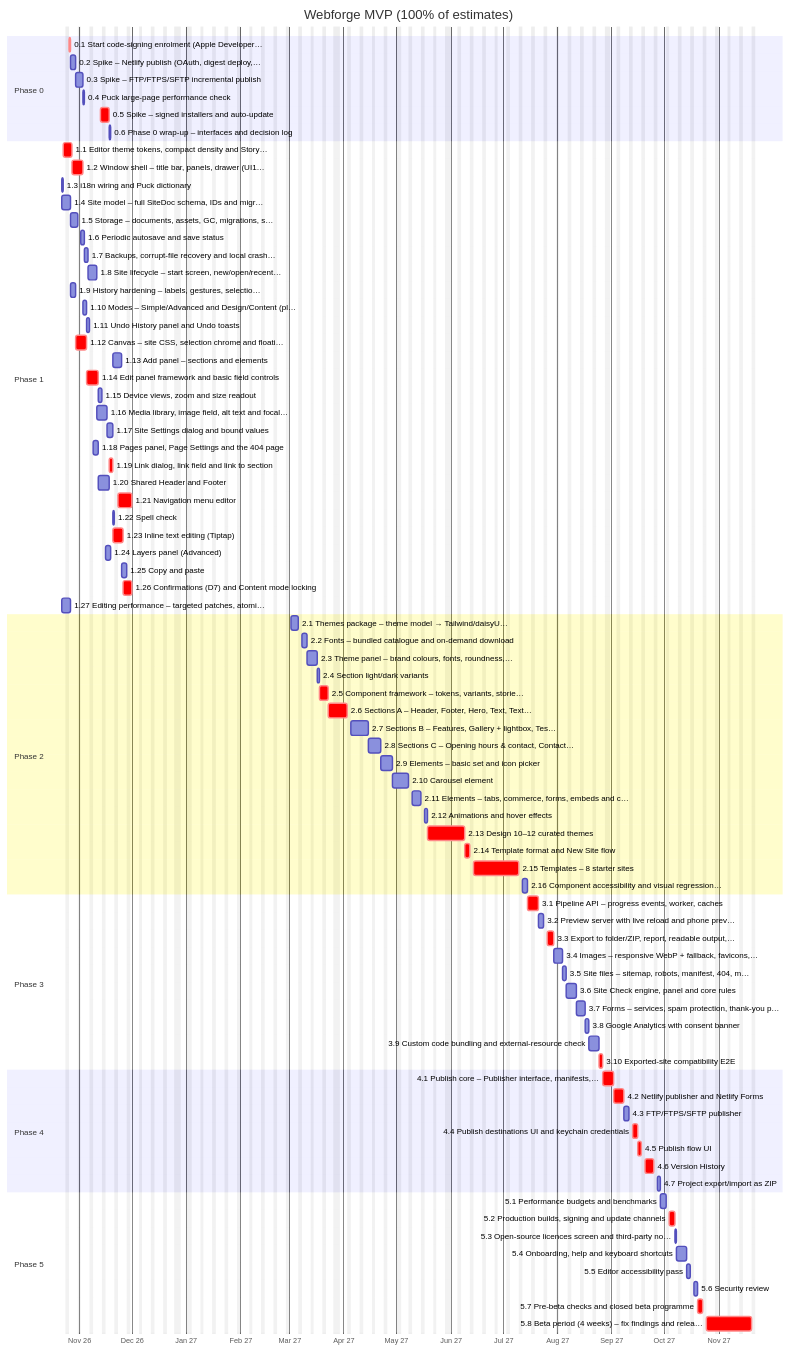
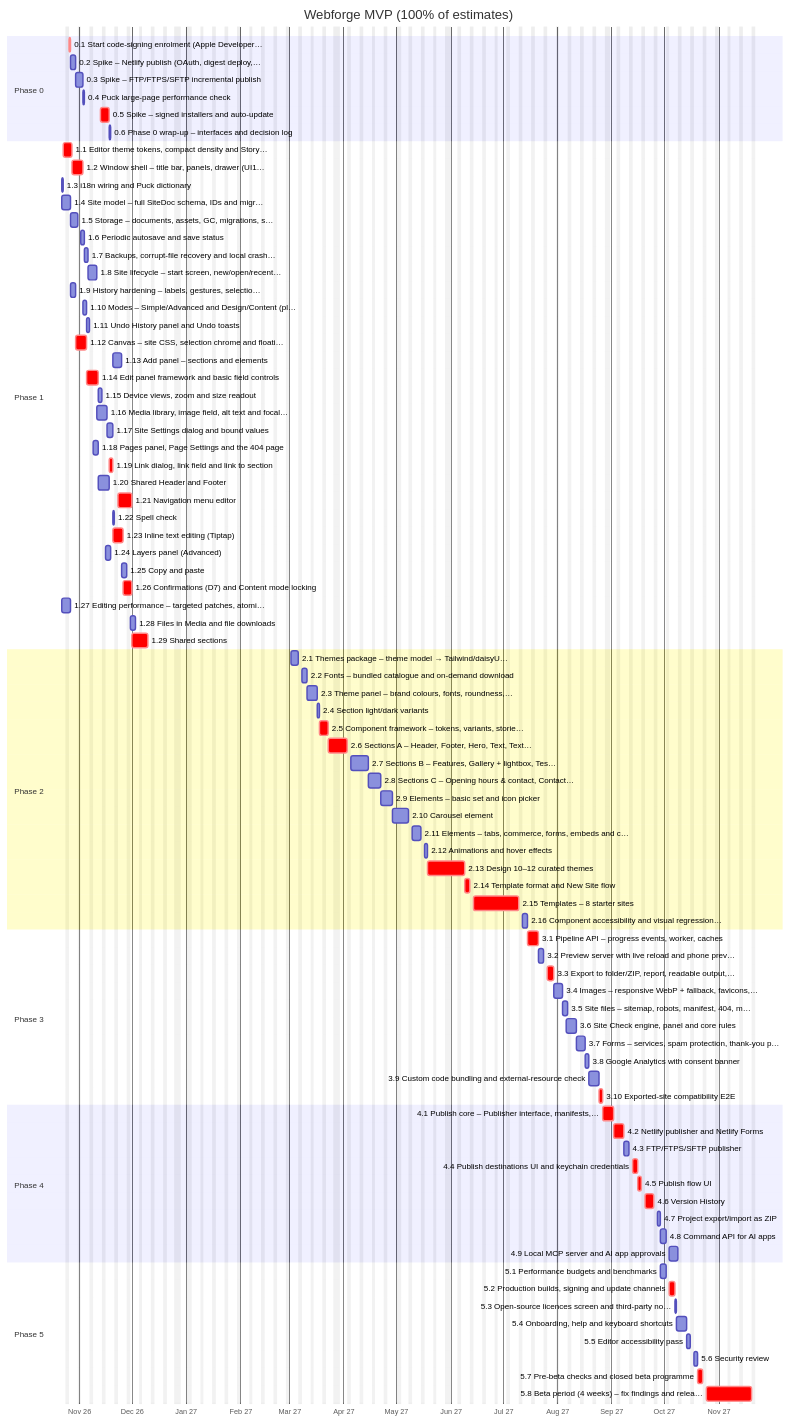
Before and after one commit to nexustech/webforge: the diagram in spec/04-implementation-plan.md, drawn with Mermaid. The commit also changed other lines of this file and 6 other files, not shown here.

First line of the commit message:
docs(product): Elements 3.0 review: MCP, shared sections, files in Media and llms.txt in the MVP (#173)

```diff
--- a/spec/04-implementation-plan.md
+++ b/spec/04-implementation-plan.md
@@ -100,6 +102,8 @@
     1.25 Copy and paste :t1_25, 2026-11-25, 3d
     1.26 Confirmations (D7) and Content mode locking :crit, t1_26, 2026-11-26, 3d
     1.27 Editing performance – targeted patches, atomi… :t1_27, 2026-10-22, 3d
+    1.28 Files in Media and file downloads :t1_28, after t1_25, 3d
+    1.29 Shared sections :crit, t1_29, after t1_26, 7d
     section Phase 2
     2.1 Themes package – theme model → Tailwind/daisyU… :t2_1, 2027-03-02, 4d
     2.2 Fonts – bundled catalogue and on-demand download :t2_2, 2027-03-08, 3d
@@ -122,7 +126,7 @@
     3.2 Preview server with live reload and phone prev… :t3_2, 2027-07-21, 3d
     3.3 Export to folder/ZIP, report, readable output,… :crit, t3_3, 2027-07-26, 4d
     3.4 Images – responsive WebP + fallback, favicons,… :t3_4, 2027-07-30, 3d
-    3.5 Site files – sitemap, robots, manifest, 404, m… :t3_5, 2027-08-04, 2d
+    3.5 Site files – sitemap, robots, manifest, 404, m… :t3_5, 2027-08-04, 3d
     3.6 Site Check engine, panel and core rules :t3_6, 2027-08-06, 4d
     3.7 Forms – services, spam protection, thank-you p… :t3_7, 2027-08-12, 3d
     3.8 Google Analytics with consent banner :t3_8, 2027-08-17, 2d
@@ -136,6 +140,8 @@
     4.5 Publish flow UI :crit, t4_5, 2027-09-16, 2d
     4.6 Version History :crit, t4_6, 2027-09-20, 5d
     4.7 Project export/import as ZIP :t4_7, 2027-09-27, 2d
+    4.8 Command API for AI apps :t4_8, after t4_7, 3d
+    4.9 Local MCP server and AI app approvals :t4_9, after t4_8, 5d
     section Phase 5
     5.1 Performance budgets and benchmarks :t5_1, 2027-09-29, 3d
     5.2 Production builds, signing and update channels :crit, t5_2, 2027-10-04, 3d
```
